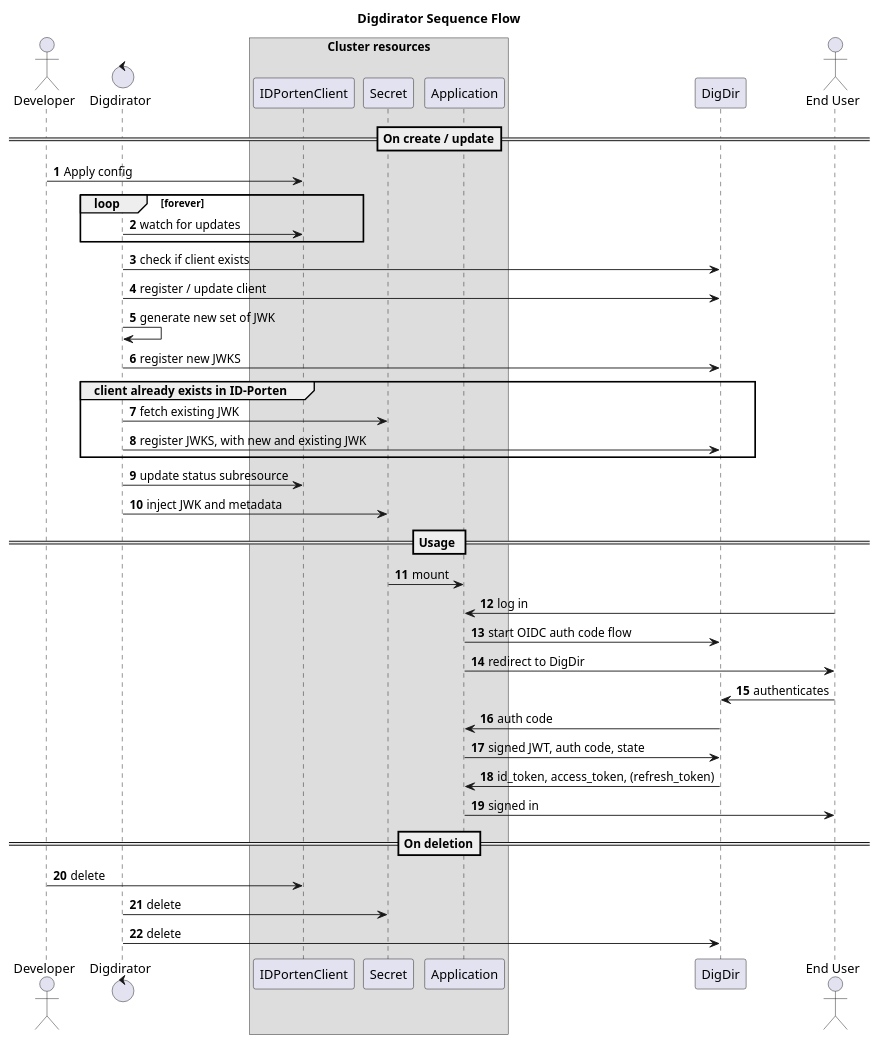
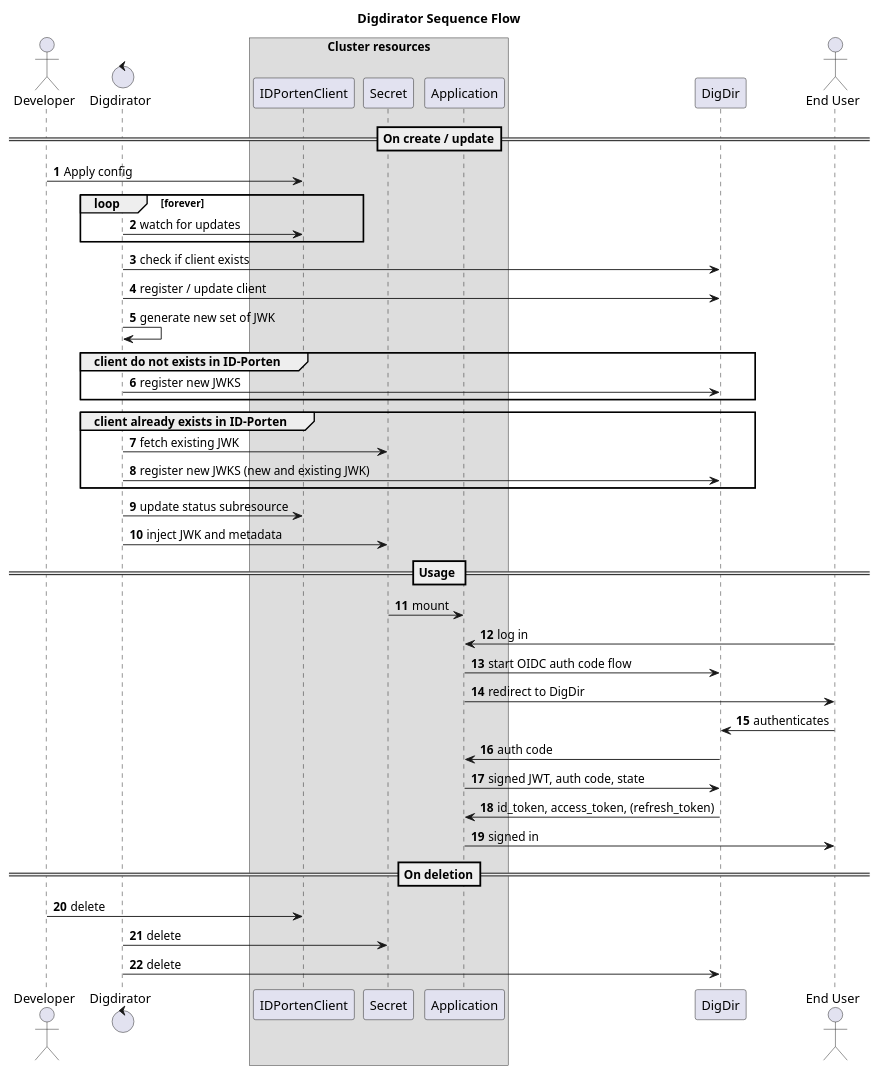
Before and after one commit to nais/digdirator: the diagram in docs/sequence.puml, drawn with PlantUML.

Commit message:
doc: Update doc to reflect jwks update @ digdir

```diff
--- a/docs/sequence.puml
+++ b/docs/sequence.puml
@@ -1,55 +1,58 @@
 @startuml component
 title Digdirator Sequence Flow
 skinparam maxMessageSize 300
 autonumber
 
 actor developer as "Developer"
 control digdirator as "Digdirator"
 
 box "Cluster resources"
 participant IDPortenClient
 participant Secret
 participant Application
 end box
 
 participant digdir as "DigDir"
 actor enduser as "End User"
 
 ==On create / update==
 developer -> IDPortenClient: Apply config
 
 loop forever
 	digdirator -> IDPortenClient: watch for updates
 end
 
 digdirator -> digdir: check if client exists
 digdirator -> digdir: register / update client
 digdirator -> digdirator: generate new set of JWK
+
+group client do not exists in ID-Porten
 digdirator -> digdir: register new JWKS
+end
 
 group client already exists in ID-Porten
     digdirator -> Secret: fetch existing JWK
-    digdirator -> digdir: register JWKS, with new and existing JWK
+    digdirator -> digdir: register new JWKS (new and existing JWK)
 end
 
 digdirator -> IDPortenClient: update status subresource
 digdirator -> Secret: inject JWK and metadata
 
 == Usage ==
 
 Secret -> Application: mount
 enduser -> Application: log in
 Application -> digdir: start OIDC auth code flow
 Application -> enduser: redirect to DigDir
 enduser -> digdir: authenticates
 digdir -> Application: auth code
 Application -> digdir: signed JWT, auth code, state
 digdir -> Application: id_token, access_token, (refresh_token)
 Application -> enduser: signed in
 
 ==On deletion==
     developer -> IDPortenClient: delete
     digdirator -> Secret: delete
     digdirator -> digdir: delete
 
 @enduml
```
